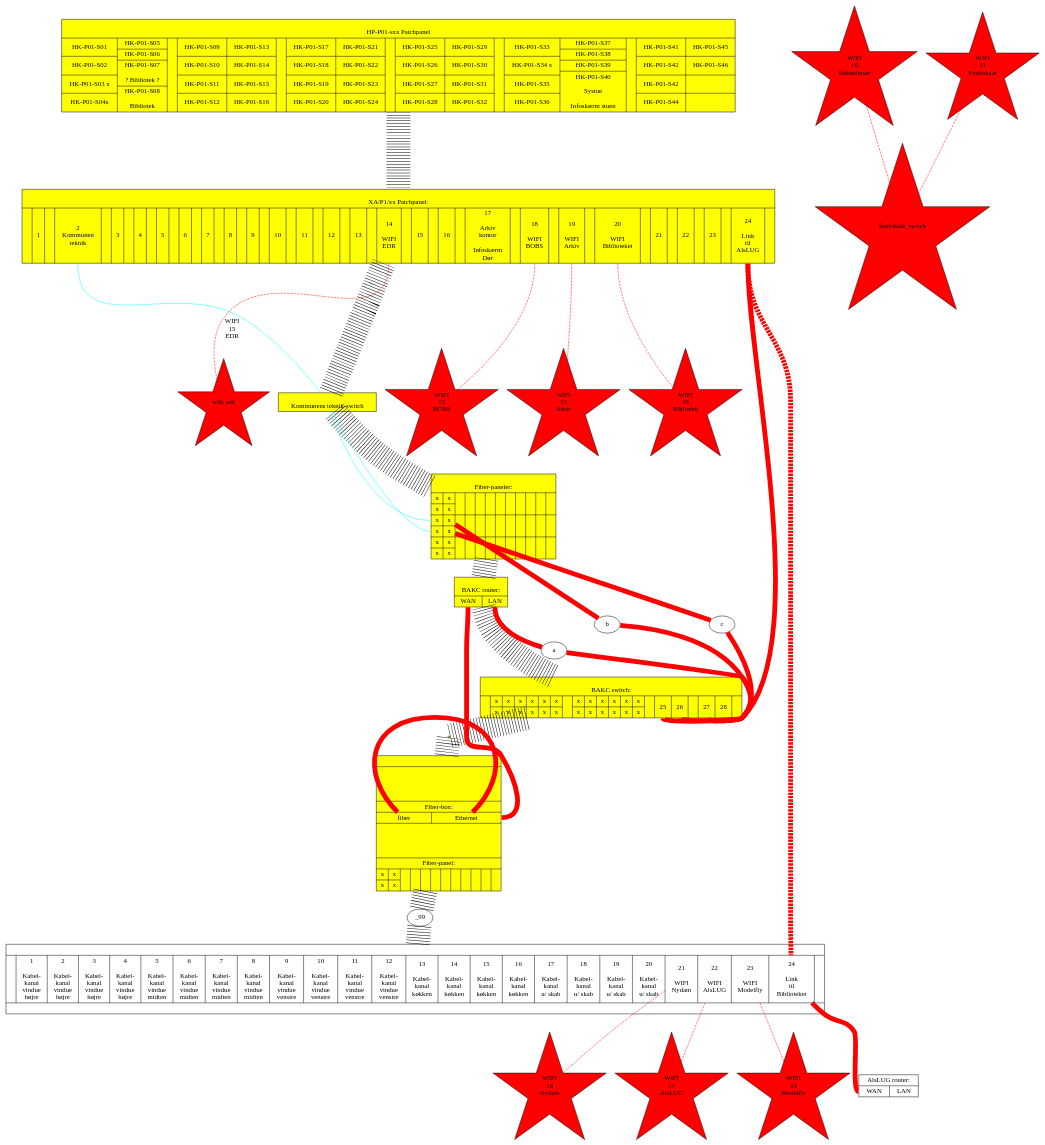
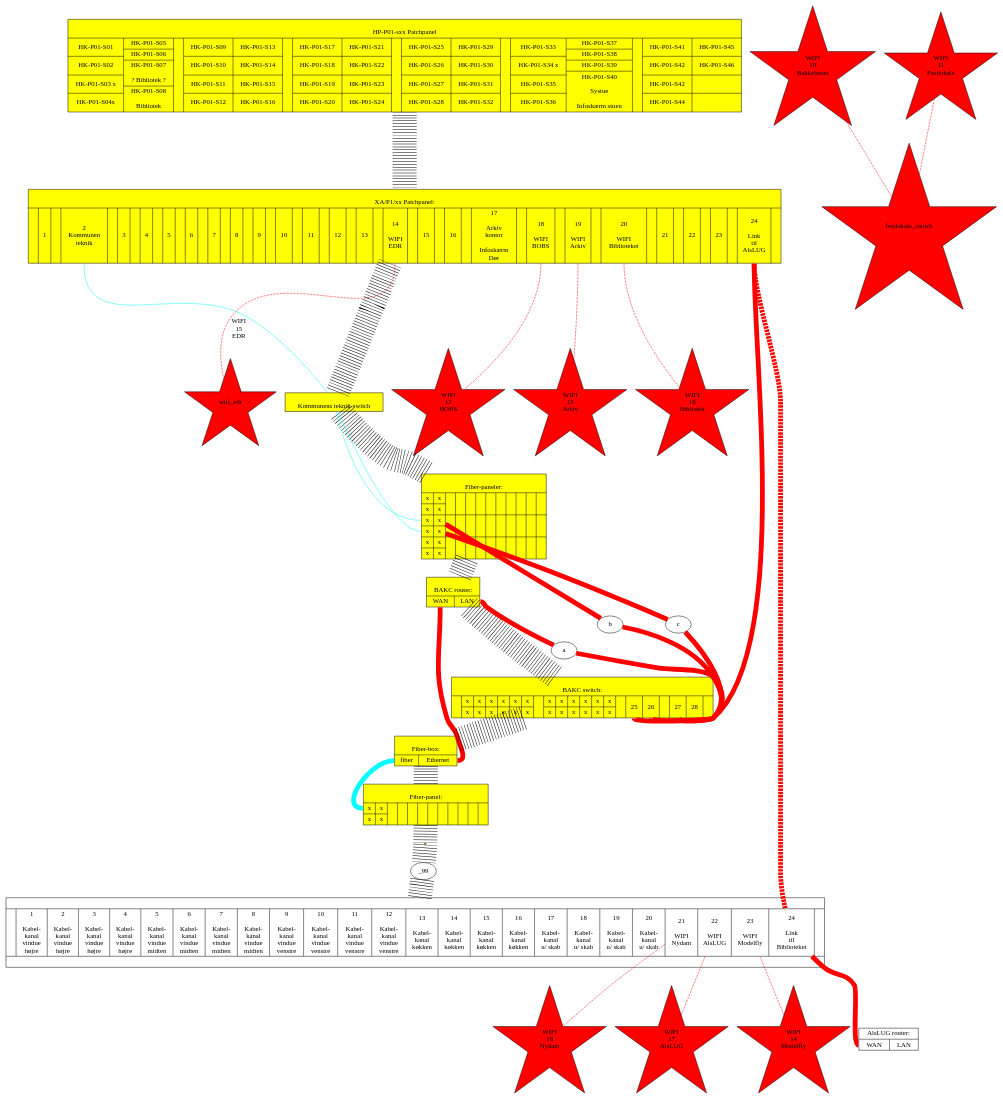
Before and after one commit to alslug/alslug.dk: the diagram in projekter/patch-paneler.dot, drawn with Graphviz.

```diff
--- a/projekter/patch-paneler.dot
+++ b/projekter/patch-paneler.dot
@@ -150,15 +150,16 @@
 						|<25> 25|<26> 26||<fiber_1> 27|<fiber_2> 28|
 					}
 				}" ];
+    stofa_box [ shape=record label="{\nFiber-box:|
+					{<fiber> fiber|<ethernet> Ethernet}
+				}" ];
+    stofa_fiberpanel [ shape=record label="{\nFiber-panel:|
+					{{<fiber> x|x}|{x|x}||||||||||}
+				}" ];
     node [ shape=point ];
-    hk_p01 -> xa_p1 -> kommunens_teknikswitch -> bib_fiberpaneler_1 -> bakc_router -> bib_switch -> _6 -> bib_skab [ penwidth=50 style=dotted ];
+    hk_p01 -> xa_p1 -> kommunens_teknikswitch -> bib_fiberpaneler_1 -> bakc_router -> bib_switch ->
+    								stofa_box -> stofa_fiberpanel -> bib_skab [ penwidth=50 style=dotted ];
   }
-  bib_skab [ shape=record label="{
-					|\n\n\n\n|Fiber-box:|
-					{<stofabox_fiber> fiber|<stofabox_ethernet> Ethernet}
-					|\n\n\n\n|Fiber-panel:|
-					{{<stofabox_ethernet> x|x}|{x|x}||||||||||}
-				}" ];
   alslug_patch [ shape=record label="{
 					|{|
 						<1> 1 \n\nKabel-\nkanal\nvindue\nhøjre
@@ -213,11 +214,11 @@
   
   xa_p1:02 -> kommunens_teknikswitch -> bib_fiberpaneler_1:kommune_fiber_1 [ color=cyan ];
               kommunens_teknikswitch -> bib_fiberpaneler_1:kommune_fiber_2 [ color=cyan ];
-  bib_skab:stofabox_ethernet -> bib_skab:stofabox_fiber [ color=red penwidth=10 ];
+  stofa_box:fiber -> stofa_fiberpanel:fiber [ color=cyan penwidth=10 ];
 
   alslug_router [ shape=record label="{AlsLUG router:|{<wan> WAN|<lan> LAN}}" ];
   
-  bib_skab:stofabox_ethernet -> bakc_router:wan [ color=red penwidth=10 ];
+  bakc_router:wan -> stofa_box:ethernet [ color=red penwidth=10 ];
   bakc_router:lan -> a -> bib_switch:26 [ color=red penwidth=10 ];
   bib_fiberpaneler_1:festlokale_fiber_1 -> b -> bib_switch:fiber_1 [ color=red penwidth=10 ];
   bib_fiberpaneler_1:festlokale_fiber_2 -> c -> bib_switch:fiber_1 [ color=red penwidth=10 ];
```
